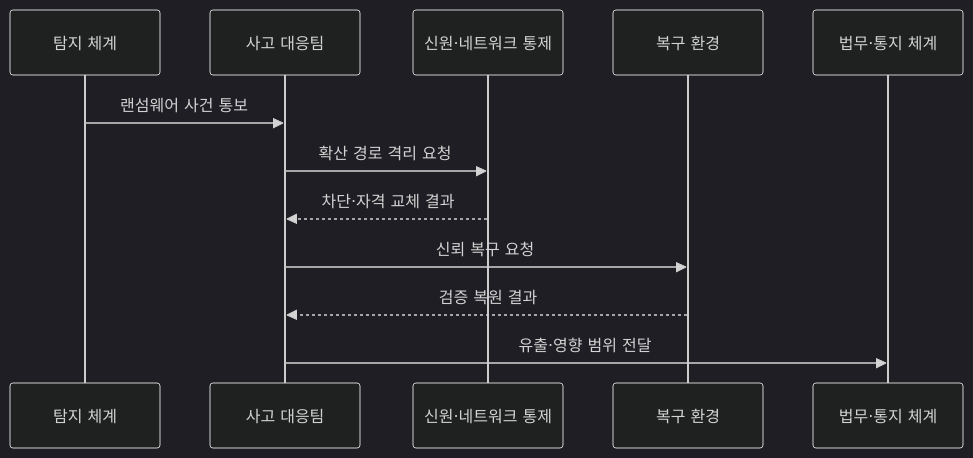
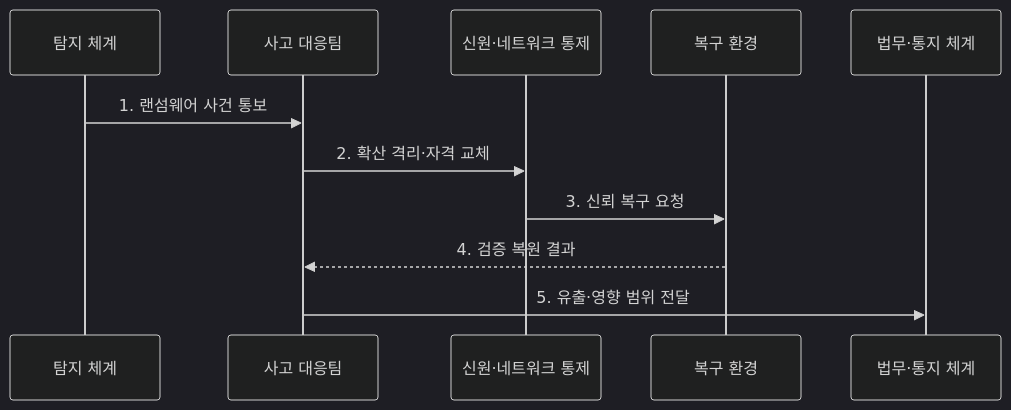
The second of 2 diagrams in src/content/docs/notes/05-security/026_ransomware.md (agnusdei1207/knowledge-base), drawn with Mermaid (dark theme) before and after one commit. The commit also changed other lines of this file and 11 other files, not shown here.

````diff
--- a/src/content/docs/notes/05-security/026_ransomware.md
+++ b/src/content/docs/notes/05-security/026_ransomware.md
@@ -86,14 +87,13 @@
 ```mermaid
 sequenceDiagram
     participant D as 탐지 체계
     participant I as 사고 대응팀
     participant N as 신원·네트워크 통제
     participant R as 복구 환경
     participant L as 법무·통지 체계
-    D->>I: 랜섬웨어 사건 통보
-    I->>N: 확산 경로 격리 요청
-    N-->>I: 차단·자격 교체 결과
-    I->>R: 신뢰 복구 요청
-    R-->>I: 검증 복원 결과
-    I->>L: 유출·영향 범위 전달
+    D->>I: 1. 랜섬웨어 사건 통보
+    I->>N: 2. 확산 격리·자격 교체
+    N->>R: 3. 신뢰 복구 요청
+    R-->>I: 4. 검증 복원 결과
+    I->>L: 5. 유출·영향 범위 전달
 ```
````
